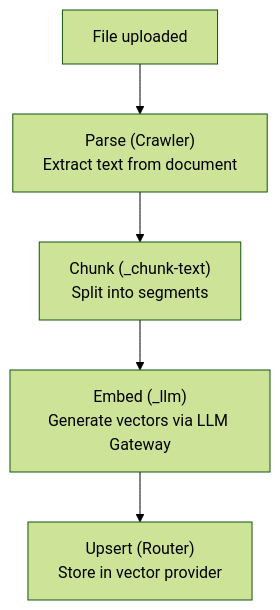
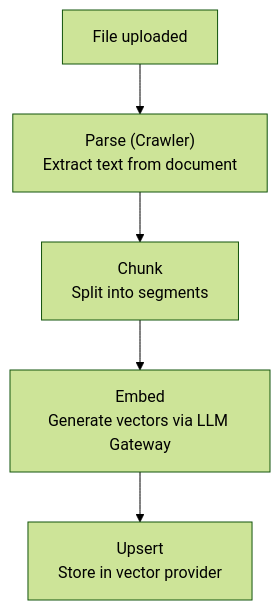
The second of 2 diagrams in services/storage/files.mdx (prismeai/docs), drawn with Mermaid (forest theme) before and after one commit. The commit also changed other lines of this file and 40 other files, not shown here.

````diff
--- a/services/storage/files.mdx
+++ b/services/storage/files.mdx
@@ -72,7 +69,7 @@
 ```mermaid
 flowchart TD
     UP[File uploaded] --> PARSE["Parse (Crawler)\nExtract text from document"]
-    PARSE --> CHUNK["Chunk (_chunk-text)\nSplit into segments"]
-    CHUNK --> EMBED["Embed (_llm)\nGenerate vectors via LLM Gateway"]
-    EMBED --> UPSERT["Upsert (Router)\nStore in vector provider"]
+    PARSE --> CHUNK["Chunk\nSplit into segments"]
+    CHUNK --> EMBED["Embed\nGenerate vectors via LLM Gateway"]
+    EMBED --> UPSERT["Upsert\nStore in vector provider"]
 ```
````
